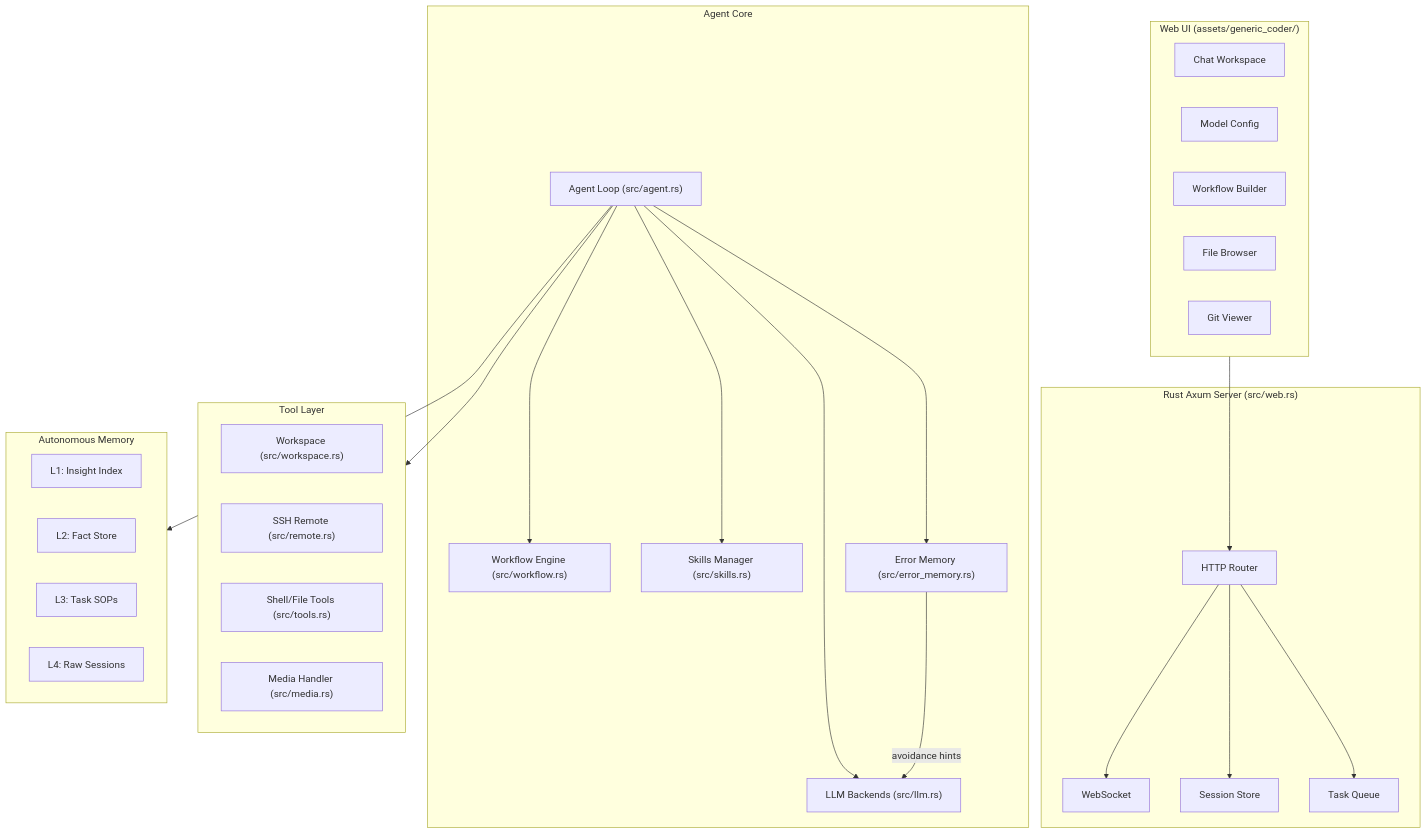
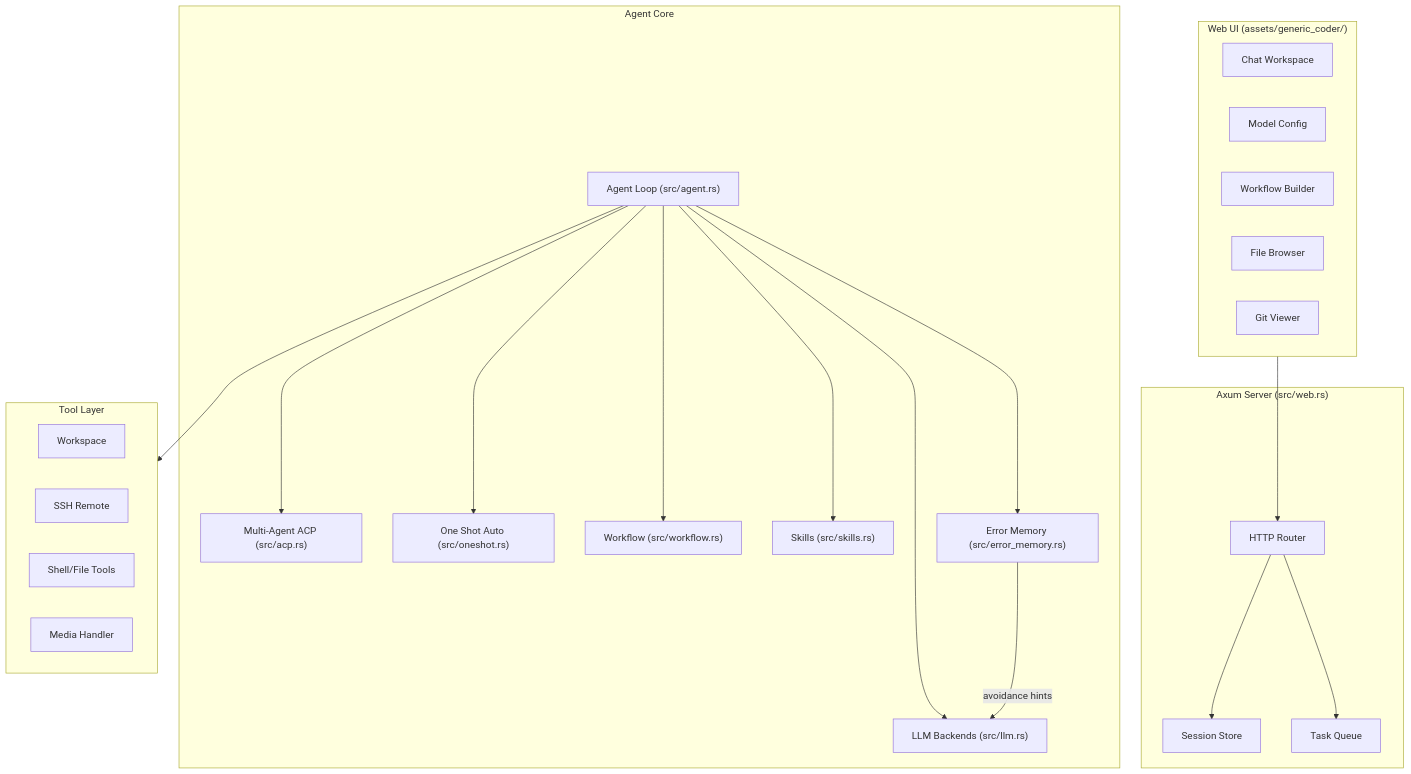
The first of 2 diagrams in README.md (sapsapshen/Generic-Coder-Rust), drawn with Mermaid before and after one commit. The commit also changed other lines of this file and 11 other files, not shown here.

First line of the commit message:
feat: ACP multi-agent, One Shot autonomous mode, stop hardening, IME fix

````diff
--- a/README.md
+++ b/README.md
@@ -51,51 +11,45 @@
 ```mermaid
 graph TB
     subgraph Frontend["Web UI (assets/generic_coder/)"]
         Chat["Chat Workspace"]
         Settings["Model Config"]
         WF["Workflow Builder"]
         FS["File Browser"]
         GitV["Git Viewer"]
     end
 
-    subgraph Server["Rust Axum Server (src/web.rs)"]
+    subgraph Server["Axum Server (src/web.rs)"]
         Router["HTTP Router"]
-        WS["WebSocket"]
         Session["Session Store"]
         TaskQ["Task Queue"]
     end
 
     subgraph Core["Agent Core"]
         Agent["Agent Loop (src/agent.rs)"]
         LLM["LLM Backends (src/llm.rs)"]
-        Workflow["Workflow Engine (src/workflow.rs)"]
-        Skills["Skills Manager (src/skills.rs)"]
+        ACP["Multi-Agent ACP (src/acp.rs)"]
+        OneShot["One Shot Auto (src/oneshot.rs)"]
+        Workflow["Workflow (src/workflow.rs)"]
+        Skills["Skills (src/skills.rs)"]
         ErrorMem["Error Memory (src/error_memory.rs)"]
     end
 
     subgraph Tools["Tool Layer"]
-        Workspace["Workspace (src/workspace.rs)"]
-        Remote["SSH Remote (src/remote.rs)"]
-        Shell["Shell/File Tools (src/tools.rs)"]
-        Media["Media Handler (src/media.rs)"]
-    end
-
-    subgraph Memory["Autonomous Memory"]
-        L1["L1: Insight Index"]
-        L2["L2: Fact Store"]
-        L3["L3: Task SOPs"]
-        L4["L4: Raw Sessions"]
+        Workspace["Workspace"]
+        Remote["SSH Remote"]
+        Shell["Shell/File Tools"]
+        Media["Media Handler"]
     end
 
     Frontend --> Router
-    Router --> WS
     Router --> Session
     Router --> TaskQ
     Agent --> LLM
+    Agent --> ACP
+    Agent --> OneShot
     Agent --> Workflow
     Agent --> Skills
     Agent --> ErrorMem
     Agent --> Tools
-    Agent --> Memory
     ErrorMem -->|"avoidance hints"| LLM
 ```
````
